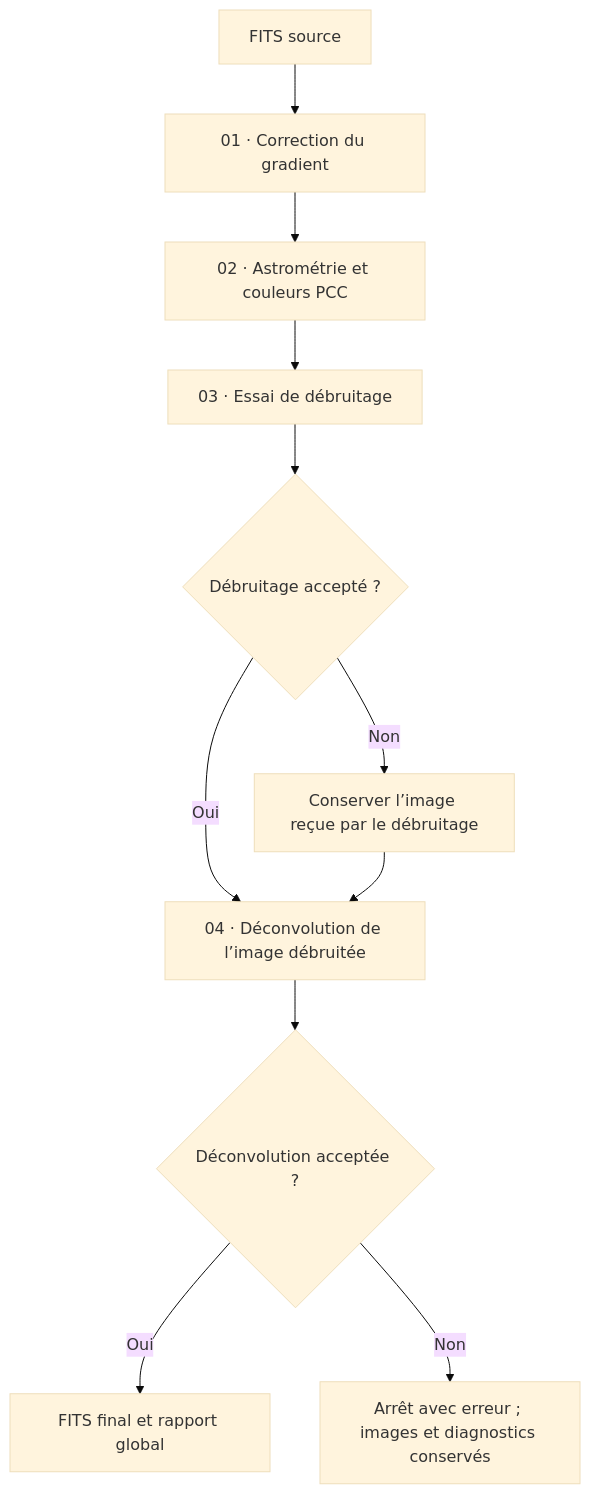
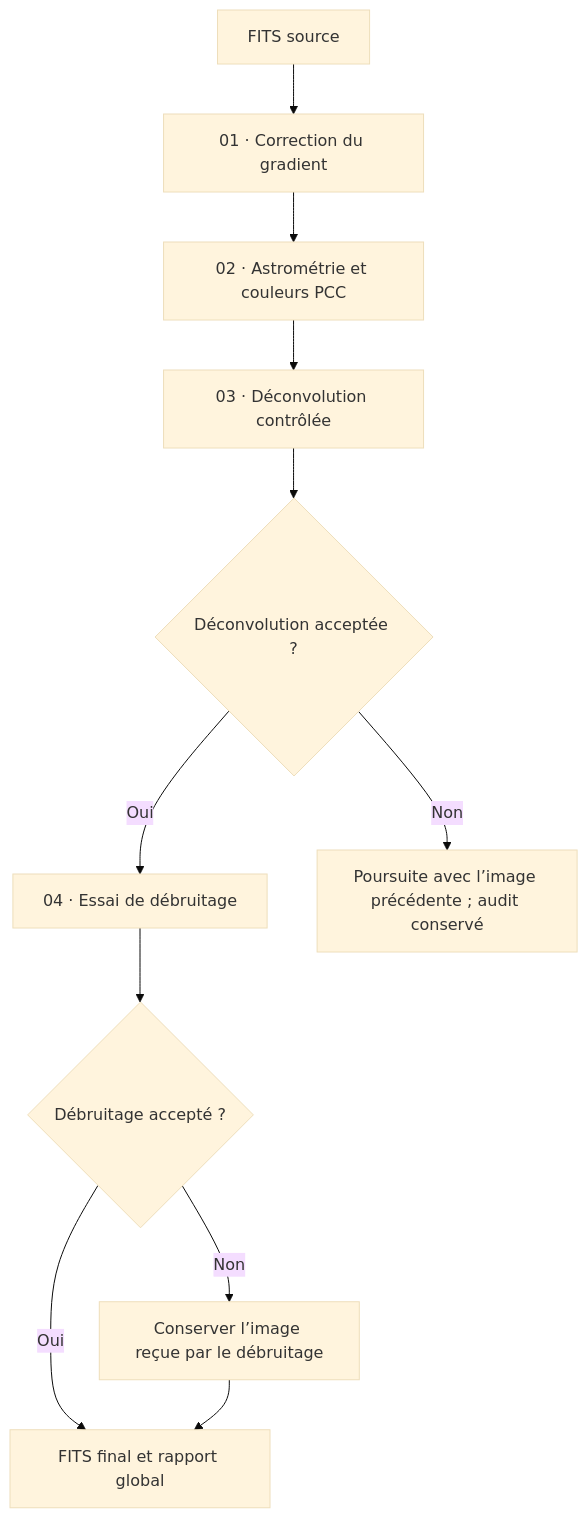
Before and after one commit to dgedgedge/SirilProcessing: the diagram in docs/scripts/postProcess/README.md, drawn with Mermaid (base theme). The commit also changed other lines of this file and 5 other files, not shown here.

````diff
--- a/docs/scripts/postProcess/README.md
+++ b/docs/scripts/postProcess/README.md
@@ -48,13 +47,13 @@
 ```mermaid
 flowchart TD
     A["FITS source"] --> G["01 · Correction du gradient"]
     G --> P["02 · Astrométrie et couleurs PCC"]
-    P --> N["03 · Essai de débruitage"]
+    P --> D["03 · Déconvolution contrôlée"]
+    D --> V{"Déconvolution acceptée ?"}
+    V -->|Oui| N["04 · Essai de débruitage"]
+    V -->|Non| E["Poursuite avec l’image précédente ; audit conservé"]
     N --> Q{"Débruitage accepté ?"}
-    Q -->|Oui| D["04 · Déconvolution de l’image débruitée"]
+    Q -->|Oui| R["FITS final et rapport global"]
     Q -->|Non| O["Conserver l’image reçue par le débruitage"]
-    O --> D
-    D --> V{"Déconvolution acceptée ?"}
-    V -->|Oui| R["FITS final et rapport global"]
-    V -->|Non| E["Arrêt avec erreur ; images et diagnostics conservés"]
+    O --> R
 ```
````
